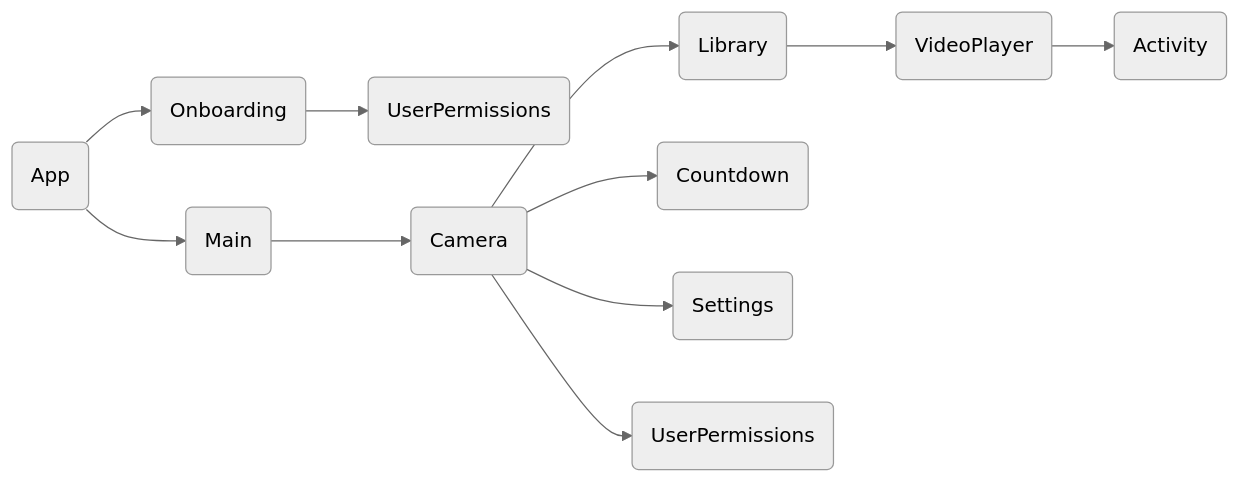
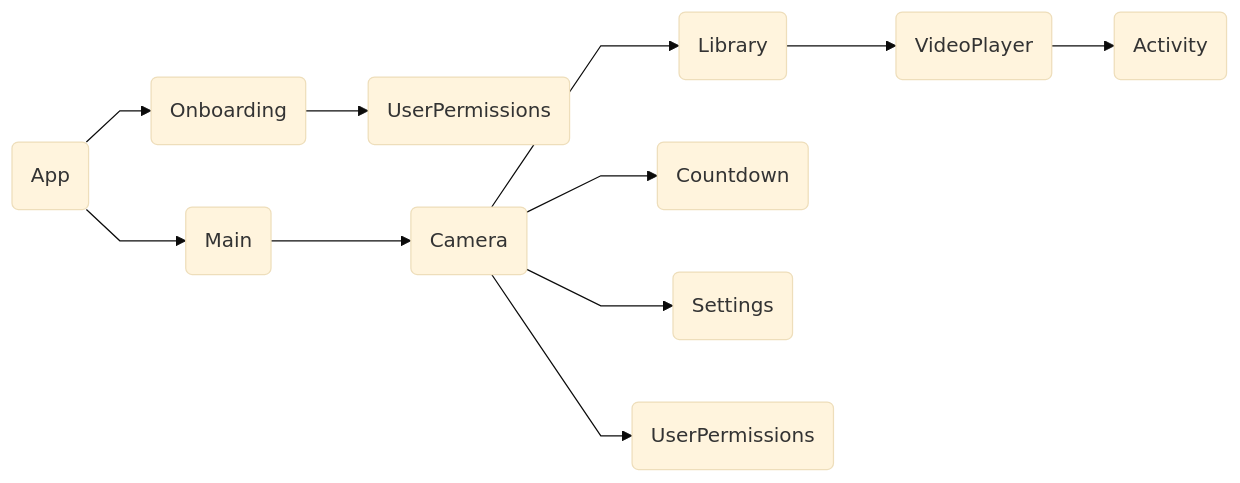
The first of 2 diagrams in README.md (kodydeda4/swift-camera-app), drawn with Mermaid before and after one commit. The commit also changed other lines of this file, not shown here.

````diff
--- a/README.md
+++ b/README.md
@@ -35,16 +35,17 @@
 ```mermaid
-%%{init: {'theme': 'neutral' } }%%
+%%{init: {'theme': 'base', 'flowchart': {'curve': 'linear'}} }%%
 flowchart LR
     A(App) --> C(Onboarding)
     A(App) -->B(Main)
     C --> D(UserPermissions)
     B --> E(Camera)
 
     E --> F(Library)
     F --> G(VideoPlayer)
     G --> H(Activity)
 
     E --> I(Countdown)
     E --> J(Settings)
     E --> K(UserPermissions)
+    
 ```
````
